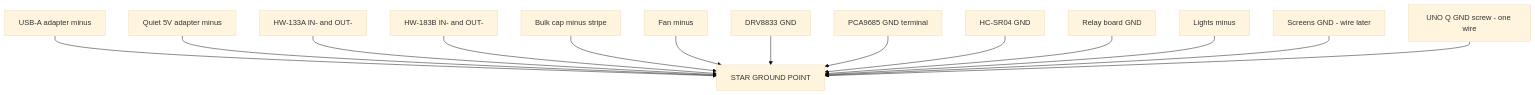
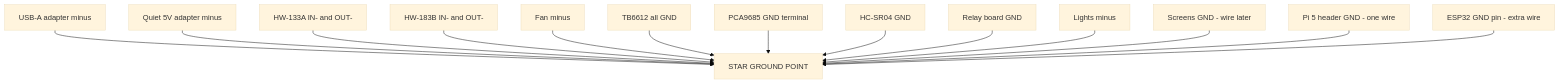
One commit to ms95ir-ctrl/Abadi_Rover changed the second of 4 diagrams in wiring.md. Above: the diagram before and after it, drawn with Mermaid (base theme). The commit also changed other lines of this file and 8 other files, not shown here.

````diff
--- a/wiring.md
+++ b/wiring.md
@@ -63,17 +64,17 @@
 ```mermaid
 flowchart TB
     Star["STAR GROUND POINT"]
     UAneg["USB-A adapter minus"] --> Star
     Quietneg["Quiet 5V adapter minus"] --> Star
     BuckNeg["HW-133A IN- and OUT-"] --> Star
     BoostNeg["HW-183B IN- and OUT-"] --> Star
-    CapNeg["Bulk cap minus stripe"] --> Star
     FanNeg["Fan minus"] --> Star
-    DRVg["DRV8833 GND"] --> Star
+    TBg["TB6612 all GND"] --> Star
     PCAg["PCA9685 GND terminal"] --> Star
     SonarG["HC-SR04 GND"] --> Star
     RelayG["Relay board GND"] --> Star
     LightsG["Lights minus"] --> Star
     ScreensG["Screens GND - wire later"] --> Star
-    UnoG["UNO Q GND screw - one wire"] --> Star
+    PiG["Pi 5 header GND - one wire"] --> Star
+    EspG["ESP32 GND pin - extra wire"] --> Star
 ```
````
